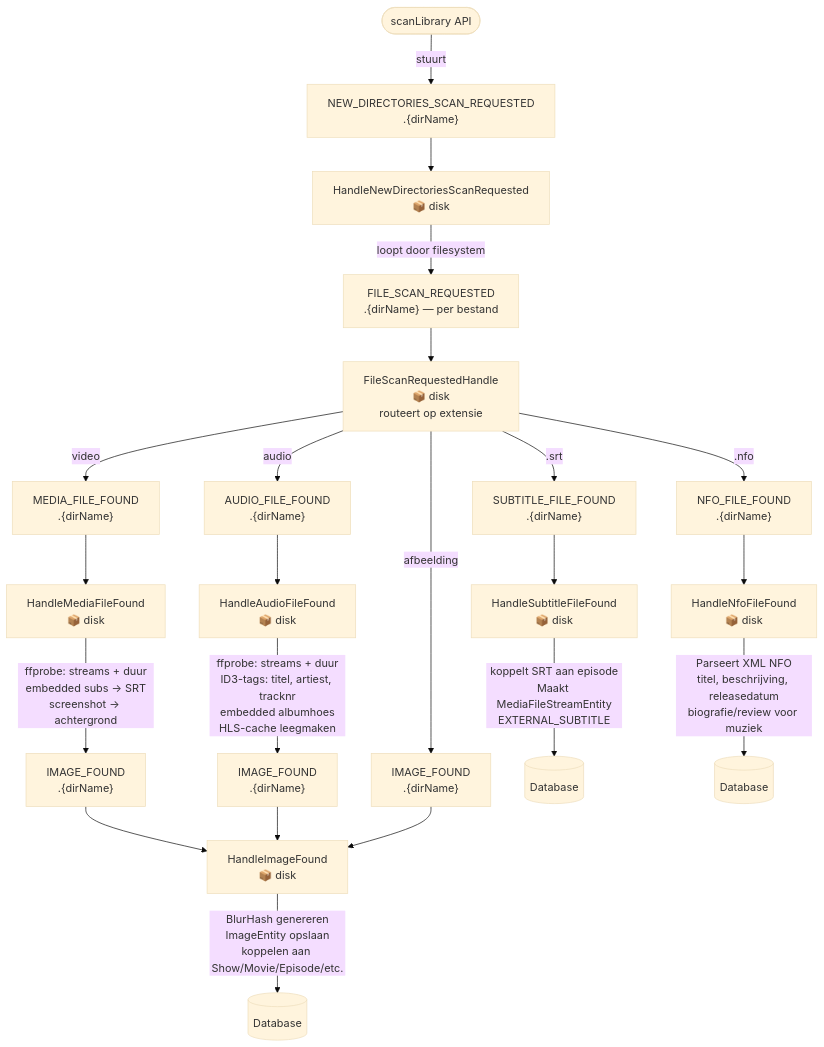
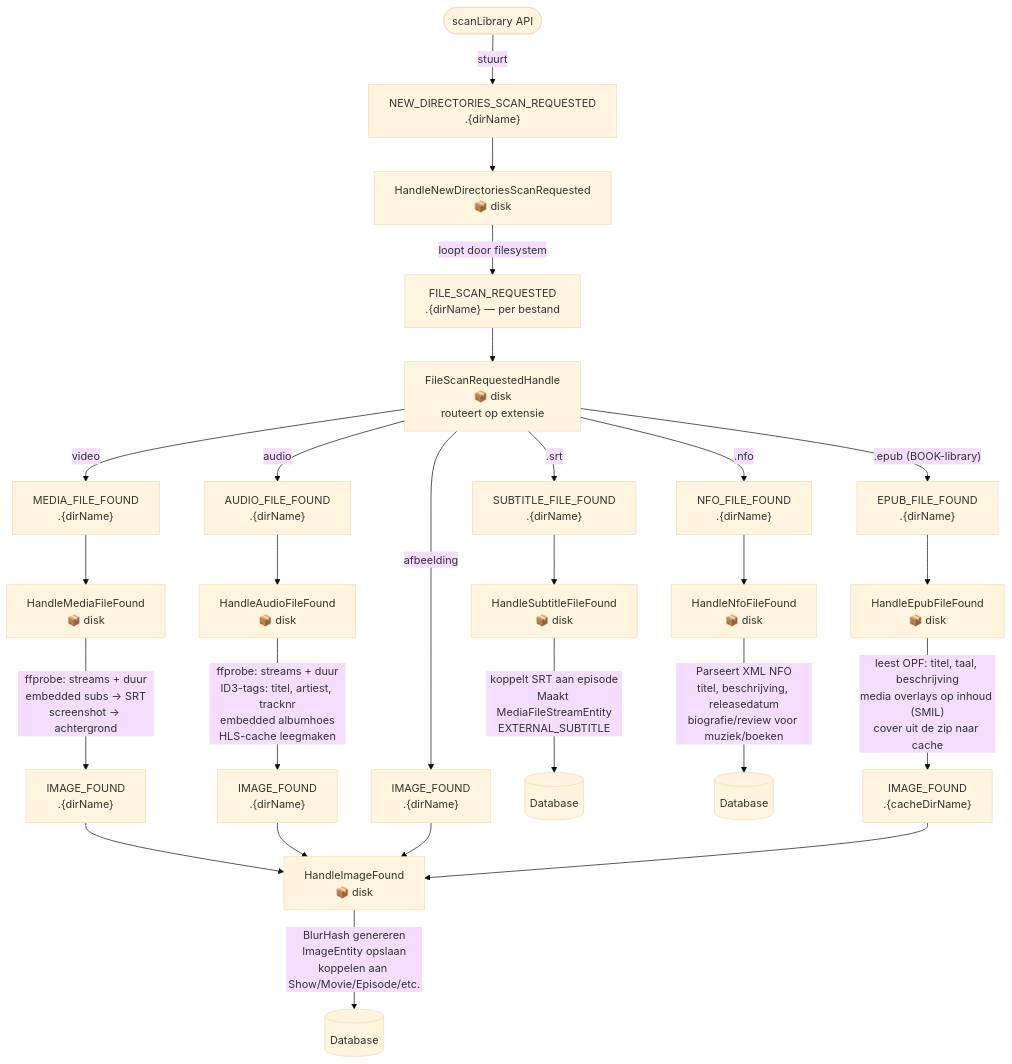
The second of 7 diagrams in EVENT_FLOWS.md (ister-app/server), drawn with Mermaid (base theme) before and after one commit. The commit also changed other lines of this file and 113 other files, not shown here.

````diff
--- a/EVENT_FLOWS.md
+++ b/EVENT_FLOWS.md
@@ -30,34 +30,39 @@
 ```mermaid
 flowchart TD
     API([scanLibrary API]) -->|stuurt| A
 
     A["NEW_DIRECTORIES_SCAN_REQUESTED\n.{dirName}"]
     A --> B["HandleNewDirectoriesScanRequested\n📦 disk"]
     B -->|loopt door filesystem| C
 
     C["FILE_SCAN_REQUESTED\n.{dirName} — per bestand"]
     C --> D["FileScanRequestedHandle\n📦 disk\nrouteert op extensie"]
 
     D -->|video| E["MEDIA_FILE_FOUND\n.{dirName}"]
     D -->|audio| F["AUDIO_FILE_FOUND\n.{dirName}"]
+    D -->|".epub (BOOK-library)"| EP["EPUB_FILE_FOUND\n.{dirName}"]
     D -->|.srt| G["SUBTITLE_FILE_FOUND\n.{dirName}"]
     D -->|afbeelding| H["IMAGE_FOUND\n.{dirName}"]
     D -->|.nfo| I["NFO_FILE_FOUND\n.{dirName}"]
 
     E --> J["HandleMediaFileFound\n📦 disk"]
     J -->|"ffprobe: streams + duur\nembedded subs → SRT\nscreenshot → achtergrond"| K["IMAGE_FOUND\n.{dirName}"]
 
     F --> L["HandleAudioFileFound\n📦 disk"]
     L -->|"ffprobe: streams + duur\nID3-tags: titel, artiest, tracknr\nembedded albumhoes\nHLS-cache leegmaken"| M["IMAGE_FOUND\n.{dirName}"]
 
     G --> N["HandleSubtitleFileFound\n📦 disk"]
     N -->|"koppelt SRT aan episode\nMaakt MediaFileStreamEntity\nEXTERNAL_SUBTITLE"| DB1[(Database)]
 
     K --> O["HandleImageFound\n📦 disk"]
     M --> O
     H --> O
     O -->|"BlurHash genereren\nImageEntity opslaan\nkoppelen aan Show/Movie/Episode/etc."| DB2[(Database)]
 
     I --> P["HandleNfoFileFound\n📦 disk"]
-    P -->|"Parseert XML NFO\ntitel, beschrijving, releasedatum\nbiografie/review voor muziek"| DB3[(Database)]
+    P -->|"Parseert XML NFO\ntitel, beschrijving, releasedatum\nbiografie/review voor muziek/boeken"| DB3[(Database)]
+
+    EP --> Q["HandleEpubFileFound\n📦 disk"]
+    Q -->|"leest OPF: titel, taal, beschrijving\nmedia overlays op inhoud (SMIL)\ncover uit de zip naar cache"| R["IMAGE_FOUND\n.{cacheDirName}"]
+    R --> O
 ```
````
